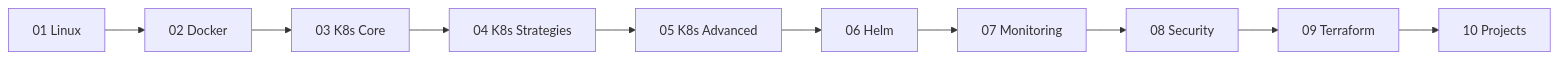
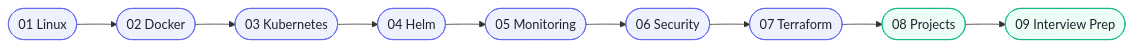
Before and after one commit to srinivaskona7/devops-learning: the diagram in docs/index.md, drawn with Mermaid. The commit also changed other lines of this file and 535 other files, not shown here.

First line of the commit message:
Add architect-level mastery, deep dives, interview prep, MkDocs site, QA/perf

````diff
--- a/docs/index.md
+++ b/docs/index.md
@@ -24,12 +46,15 @@
 ```mermaid
 flowchart LR
-    A[01 Linux] --> B[02 Docker]
-    B --> C[03 K8s Core]
-    C --> D[04 K8s Strategies]
-    D --> E[05 K8s Advanced]
-    E --> F[06 Helm]
-    F --> G[07 Monitoring]
-    G --> H[08 Security]
-    H --> I[09 Terraform]
-    I --> J[10 Projects]
+    A([01 Linux]) --> B([02 Docker])
+    B --> C([03 Kubernetes])
+    C --> D([04 Helm])
+    D --> E([05 Monitoring])
+    E --> F([06 Security])
+    F --> G([07 Terraform])
+    G --> H([08 Projects])
+    H --> I([09 Interview Prep])
+    classDef base fill:#eef2ff,stroke:#6366f1,color:#1f2330,rx:10,ry:10;
+    classDef cap  fill:#ecfdf5,stroke:#10b981,color:#1f2330,rx:10,ry:10;
+    class A,B,C,D,E,F,G base;
+    class H,I cap;
 ```
````
